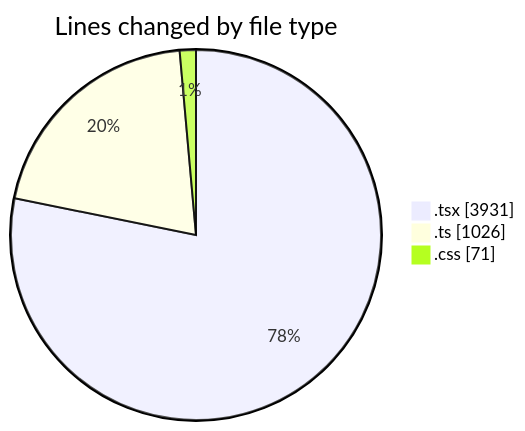
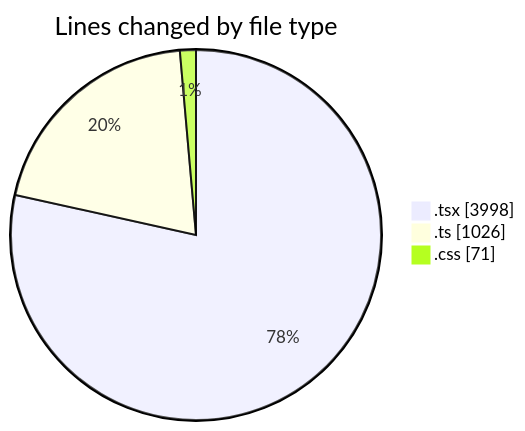
One commit to robertbonfada/code-tracking changed the first of 2 diagrams in 2025-01-27/mbc-web/README.md. Above: the diagram before and after it, drawn with Mermaid. The commit also changed other lines of this file and 1 other file, not shown here.

````diff
--- a/2025-01-27/mbc-web/README.md
+++ b/2025-01-27/mbc-web/README.md
@@ -35,7 +35,7 @@
 ```mermaid
 pie showData
 title Lines changed by file type
-".tsx" : 3931
+".tsx" : 3998
 ".ts" : 1026
 ".css" : 71
 ```
````
